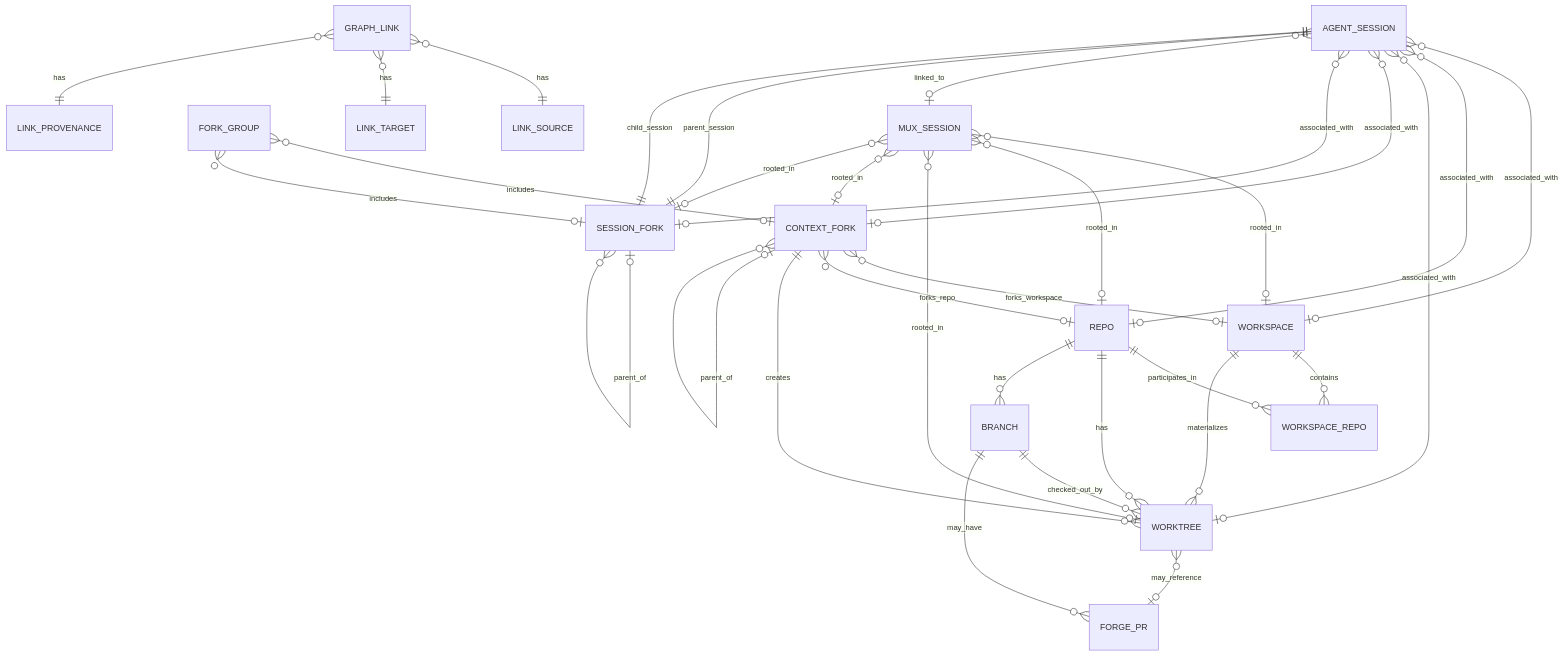
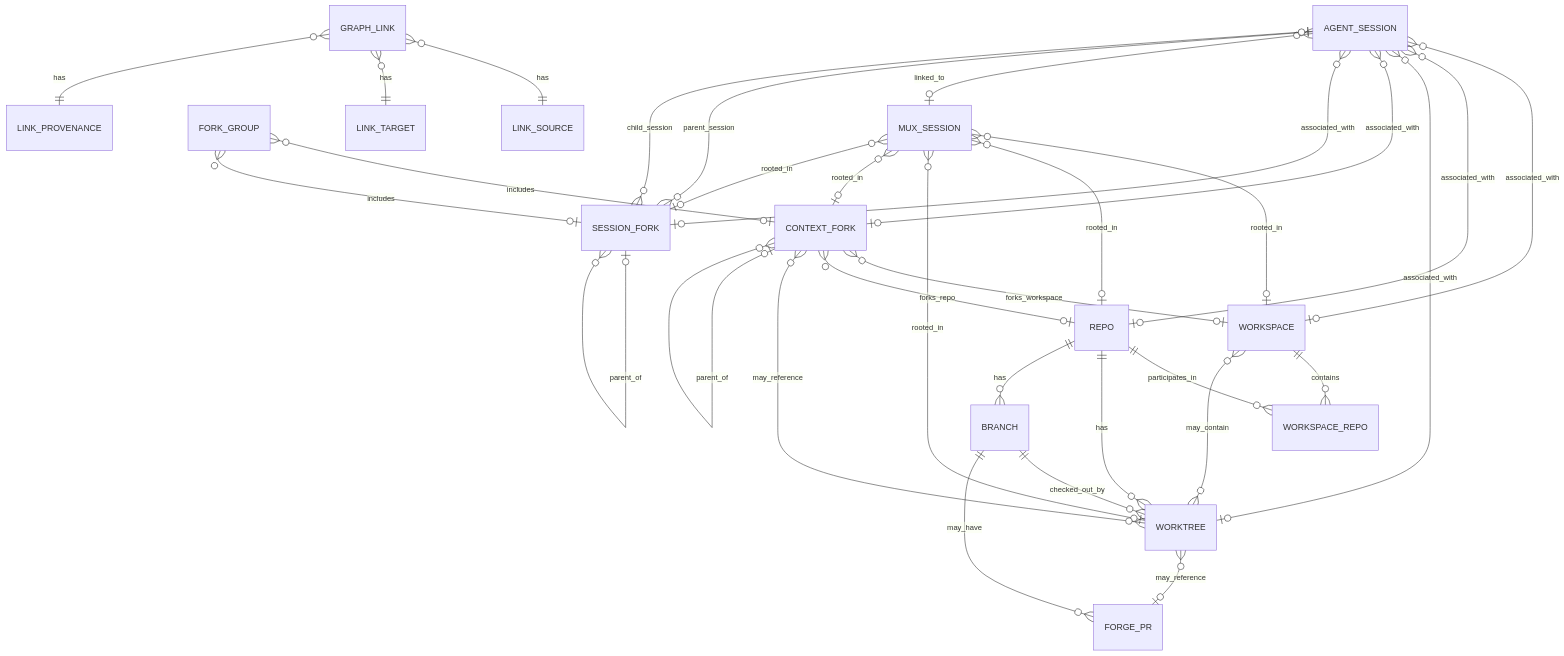
One commit to malloc47/conspectus changed the diagram in docs/design.md. Above: the diagram before and after it, drawn with Mermaid. The commit also changed other lines of this file, not shown here.

````diff
--- a/docs/design.md
+++ b/docs/design.md
@@ -116,38 +169,38 @@
 ```mermaid
 erDiagram
     WORKSPACE ||--o{ WORKSPACE_REPO : contains
     REPO ||--o{ WORKSPACE_REPO : participates_in
     REPO ||--o{ WORKTREE : has
     REPO ||--o{ BRANCH : has
     BRANCH ||--o{ WORKTREE : checked_out_by
-    WORKSPACE ||--o{ WORKTREE : materializes
+    WORKSPACE }o--o{ WORKTREE : may_contain
 
     AGENT_SESSION }o--o| WORKSPACE : associated_with
     AGENT_SESSION }o--o| REPO : associated_with
     AGENT_SESSION }o--o| WORKTREE : associated_with
     AGENT_SESSION }o--o| CONTEXT_FORK : associated_with
     AGENT_SESSION }o--o| SESSION_FORK : associated_with
     AGENT_SESSION }o--o| MUX_SESSION : linked_to
     MUX_SESSION }o--o| WORKSPACE : rooted_in
     MUX_SESSION }o--o| REPO : rooted_in
     MUX_SESSION }o--o| WORKTREE : rooted_in
     MUX_SESSION }o--o| CONTEXT_FORK : rooted_in
     MUX_SESSION }o--o| SESSION_FORK : rooted_in
 
     FORK_GROUP }o--o| CONTEXT_FORK : includes
     FORK_GROUP }o--o| SESSION_FORK : includes
     CONTEXT_FORK }o--o| WORKSPACE : forks_workspace
     CONTEXT_FORK }o--o| REPO : forks_repo
-    CONTEXT_FORK ||--o{ WORKTREE : creates
+    CONTEXT_FORK }o--o{ WORKTREE : may_reference
     CONTEXT_FORK |o--o{ CONTEXT_FORK : parent_of
-    SESSION_FORK ||--|| AGENT_SESSION : parent_session
-    SESSION_FORK ||--|| AGENT_SESSION : child_session
+    SESSION_FORK }o--o| AGENT_SESSION : parent_session
+    SESSION_FORK }o--o| AGENT_SESSION : child_session
     SESSION_FORK |o--o{ SESSION_FORK : parent_of
 
     BRANCH ||--o{ FORGE_PR : may_have
     WORKTREE }o--o| FORGE_PR : may_reference
 
     GRAPH_LINK }o--|| LINK_SOURCE : has
     GRAPH_LINK }o--|| LINK_TARGET : has
     GRAPH_LINK }o--|| LINK_PROVENANCE : has
 ```
````
